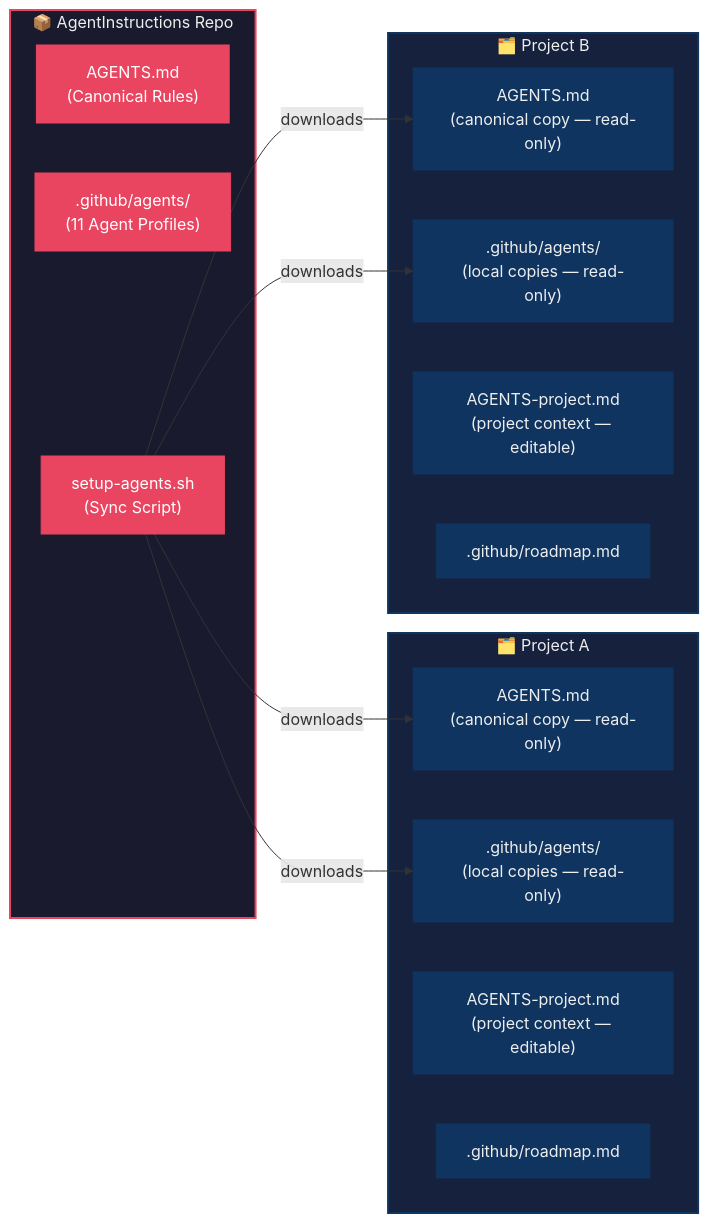
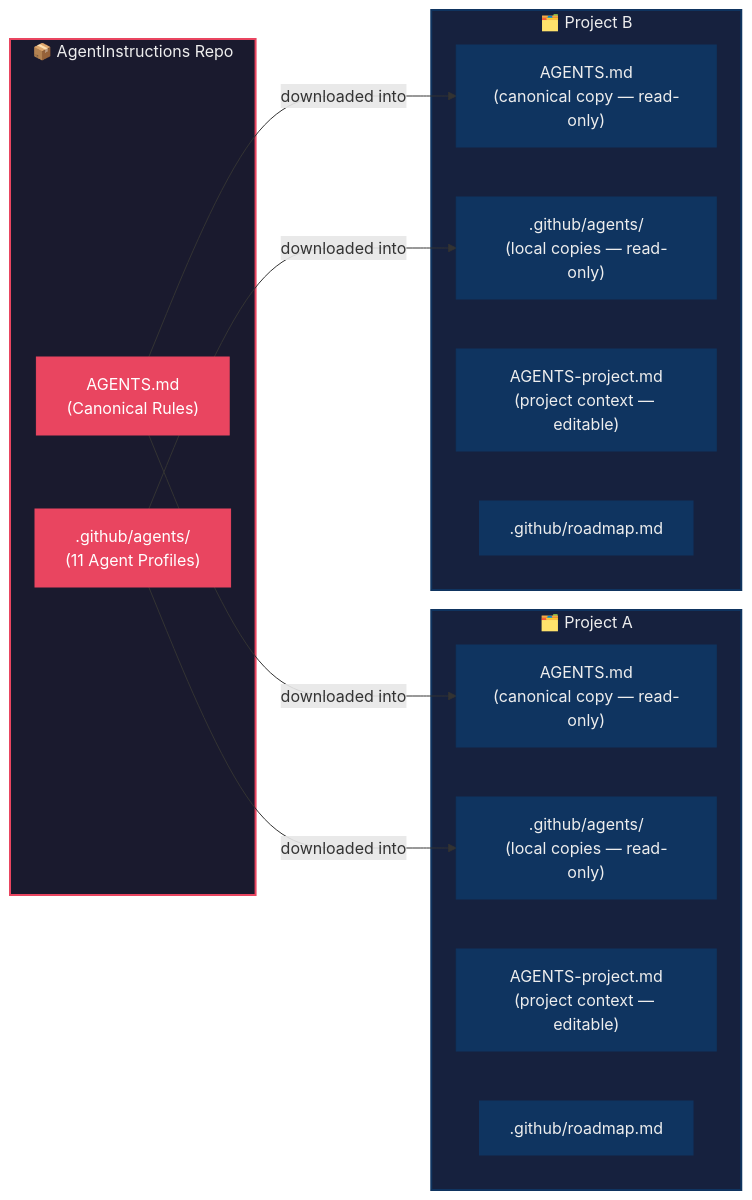
Before and after one commit to LoneEngineer99/AgentInstructions: the diagram in README.md, drawn with Mermaid. The commit also changed other lines of this file and 4 other files, not shown here.

First line of the commit message:
refactor: remove setup-agents.sh and CHECKSUMS; update docs to plain download instructions

````diff
--- a/README.md
+++ b/README.md
@@ -52,40 +52,38 @@
 ```mermaid
 flowchart LR
     subgraph This_Repo["📦 AgentInstructions Repo"]
         A["AGENTS.md\n(Canonical Rules)"]
         B[".github/agents/\n(11 Agent Profiles)"]
-        C["setup-agents.sh\n(Sync Script)"]
     end
     subgraph Project_A["🗂️ Project A"]
         D["AGENTS.md\n(canonical copy — read-only)"]
         E[".github/agents/\n(local copies — read-only)"]
         F["AGENTS-project.md\n(project context — editable)"]
         G[".github/roadmap.md"]
     end
     subgraph Project_B["🗂️ Project B"]
         H["AGENTS.md\n(canonical copy — read-only)"]
         I[".github/agents/\n(local copies — read-only)"]
         J["AGENTS-project.md\n(project context — editable)"]
         K[".github/roadmap.md"]
     end
 
-    C -- "downloads" --> D
-    C -- "downloads" --> E
-    C -- "downloads" --> H
-    C -- "downloads" --> I
+    A -- "downloaded into" --> D
+    B -- "downloaded into" --> E
+    A -- "downloaded into" --> H
+    B -- "downloaded into" --> I
 
     style This_Repo fill:#1a1a2e,stroke:#e94560,stroke-width:2px,color:#eee
     style Project_A fill:#16213e,stroke:#0f3460,stroke-width:2px,color:#eee
     style Project_B fill:#16213e,stroke:#0f3460,stroke-width:2px,color:#eee
     style A fill:#e94560,stroke:#e94560,color:#fff
     style B fill:#e94560,stroke:#e94560,color:#fff
-    style C fill:#e94560,stroke:#e94560,color:#fff
     style D fill:#0f3460,stroke:#0f3460,color:#eee
     style E fill:#0f3460,stroke:#0f3460,color:#eee
     style F fill:#0f3460,stroke:#0f3460,color:#eee
     style G fill:#0f3460,stroke:#0f3460,color:#eee
     style H fill:#0f3460,stroke:#0f3460,color:#eee
     style I fill:#0f3460,stroke:#0f3460,color:#eee
     style J fill:#0f3460,stroke:#0f3460,color:#eee
     style K fill:#0f3460,stroke:#0f3460,color:#eee
 ```
````
